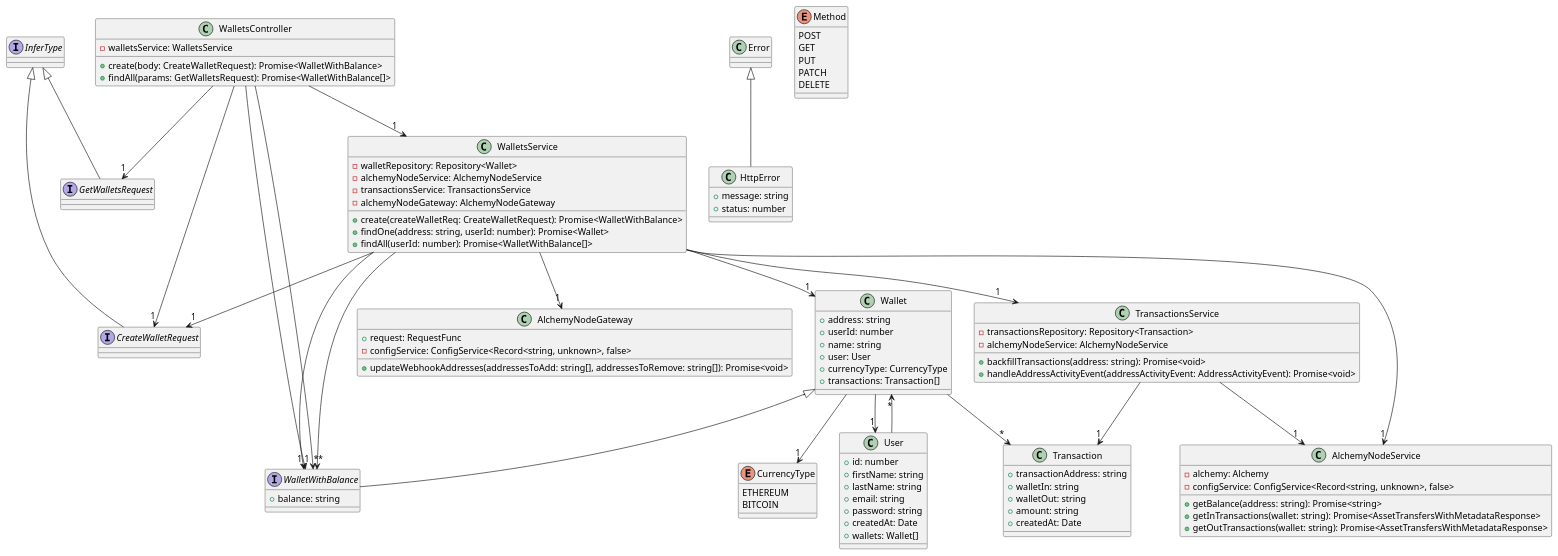
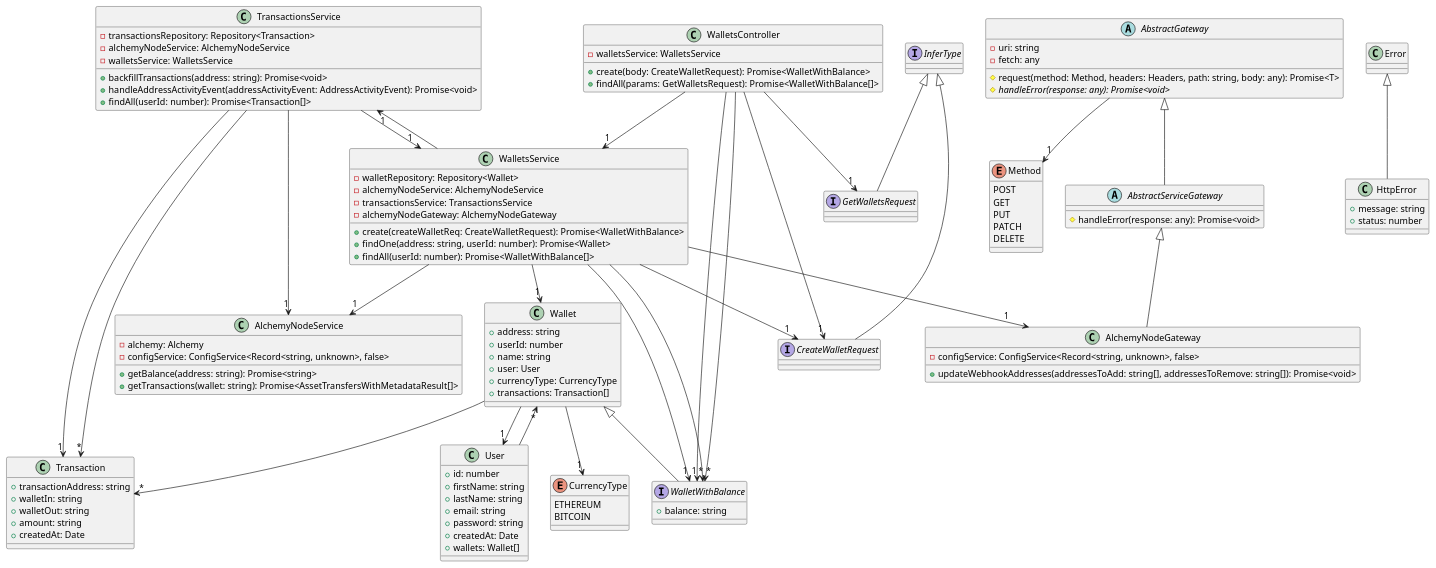
Before and after one commit to SOEN-490-Capstone/Cryptify: the diagram in packages/docs/diagrams/class_diagram_eth-edge_wallets.puml, drawn with PlantUML. The commit also changed 17 other files, not shown here.

Commit message:
Update class diagrams

```diff
--- a/packages/docs/diagrams/class_diagram_eth-edge_wallets.puml
+++ b/packages/docs/diagrams/class_diagram_eth-edge_wallets.puml
@@ -1,96 +1,108 @@
 @startuml
 enum CurrencyType {
     ETHEREUM
     BITCOIN
 }
 interface CreateWalletRequest extends InferType
 class User {
     +id: number
     +firstName: string
     +lastName: string
     +email: string
     +password: string
     +createdAt: Date
     +wallets: Wallet[]
 }
 class Transaction {
     +transactionAddress: string
     +walletIn: string
     +walletOut: string
     +amount: string
     +createdAt: Date
 }
 class Wallet {
     +address: string
     +userId: number
     +name: string
     +user: User
     +currencyType: CurrencyType
     +transactions: Transaction[]
 }
 class AlchemyNodeService {
     -alchemy: Alchemy
     -configService: ConfigService<Record<string, unknown>, false>
     +getBalance(address: string): Promise<string>
-    +getInTransactions(wallet: string): Promise<AssetTransfersWithMetadataResponse>
-    +getOutTransactions(wallet: string): Promise<AssetTransfersWithMetadataResponse>
+    +getTransactions(wallet: string): Promise<AssetTransfersWithMetadataResult[]>
 }
 interface WalletWithBalance extends Wallet {
     +balance: string
 }
 class TransactionsService {
     -transactionsRepository: Repository<Transaction>
     -alchemyNodeService: AlchemyNodeService
+    -walletsService: WalletsService
     +backfillTransactions(address: string): Promise<void>
     +handleAddressActivityEvent(addressActivityEvent: AddressActivityEvent): Promise<void>
+    +findAll(userId: number): Promise<Transaction[]>
 }
-class HttpError extends Error {
-    +message: string
-    +status: number
+abstract class AbstractGateway {
+    -uri: string
+    -fetch: any
+    #request(method: Method, headers: Headers, path: string, body: any): Promise<T>
+    #{abstract} handleError(response: any): Promise<void>
 }
 enum Method {
     POST
     GET
     PUT
     PATCH
     DELETE
 }
-class AlchemyNodeGateway {
-    +request: RequestFunc
+class HttpError extends Error {
+    +message: string
+    +status: number
+}
+abstract class AbstractServiceGateway extends AbstractGateway {
+    #handleError(response: any): Promise<void>
+}
+class AlchemyNodeGateway extends AbstractServiceGateway {
     -configService: ConfigService<Record<string, unknown>, false>
     +updateWebhookAddresses(addressesToAdd: string[], addressesToRemove: string[]): Promise<void>
 }
 class WalletsService {
     -walletRepository: Repository<Wallet>
     -alchemyNodeService: AlchemyNodeService
     -transactionsService: TransactionsService
     -alchemyNodeGateway: AlchemyNodeGateway
     +create(createWalletReq: CreateWalletRequest): Promise<WalletWithBalance>
     +findOne(address: string, userId: number): Promise<Wallet>
     +findAll(userId: number): Promise<WalletWithBalance[]>
 }
 interface GetWalletsRequest extends InferType
 class WalletsController {
     -walletsService: WalletsService
     +create(body: CreateWalletRequest): Promise<WalletWithBalance>
     +findAll(params: GetWalletsRequest): Promise<WalletWithBalance[]>
 }
 User --> "*" Wallet
 Wallet --> "1" User
 Wallet --> "1" CurrencyType
 Wallet --> "*" Transaction
 TransactionsService --> "1" Transaction
 TransactionsService --> "1" AlchemyNodeService
+TransactionsService --> "1" WalletsService
+TransactionsService --> "*" Transaction
+AbstractGateway --> "1" Method
 WalletsService --> "1" Wallet
 WalletsService --> "1" AlchemyNodeService
 WalletsService --> "1" TransactionsService
 WalletsService --> "1" AlchemyNodeGateway
 WalletsService --> "1" CreateWalletRequest
 WalletsService --> "1" WalletWithBalance
 WalletsService --> "*" WalletWithBalance
 WalletsController --> "1" WalletsService
 WalletsController --> "1" CreateWalletRequest
 WalletsController --> "1" WalletWithBalance
 WalletsController --> "1" GetWalletsRequest
 WalletsController --> "*" WalletWithBalance
 @enduml
```
